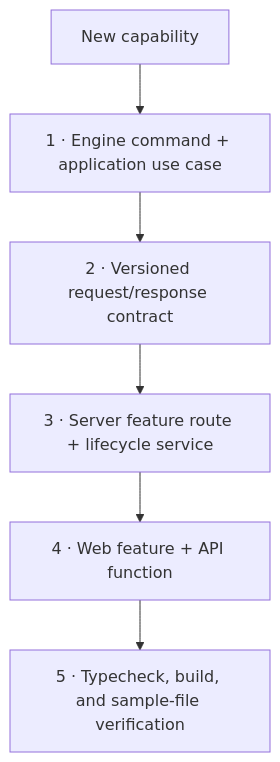
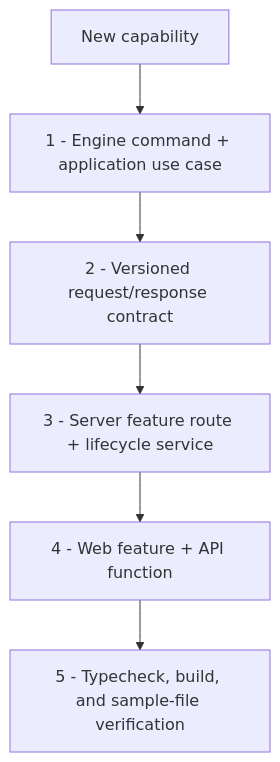
The second of 2 diagrams in docs/PROJECT_MAP.md (Pxpe123/FiveMesh), drawn with Mermaid before and after one commit. The commit also changed other lines of this file and 70 other files, not shown here.

````diff
--- a/docs/PROJECT_MAP.md
+++ b/docs/PROJECT_MAP.md
@@ -87,11 +89,11 @@
 ```mermaid
 flowchart TB
     Need["New capability"]
-    EngineOp["1 · Engine command + application use case"]
-    SchemaChange["2 · Versioned request/response contract"]
-    ServerFeature["3 · Server feature route + lifecycle service"]
-    WebFeature["4 · Web feature + API function"]
-    Checks["5 · Typecheck, build, and sample-file verification"]
+    EngineOp["1 - Engine command + application use case"]
+    SchemaChange["2 - Versioned request/response contract"]
+    ServerFeature["3 - Server feature route + lifecycle service"]
+    WebFeature["4 - Web feature + API function"]
+    Checks["5 - Typecheck, build, and sample-file verification"]
 
     Need --> EngineOp --> SchemaChange --> ServerFeature --> WebFeature --> Checks
 ```
````
